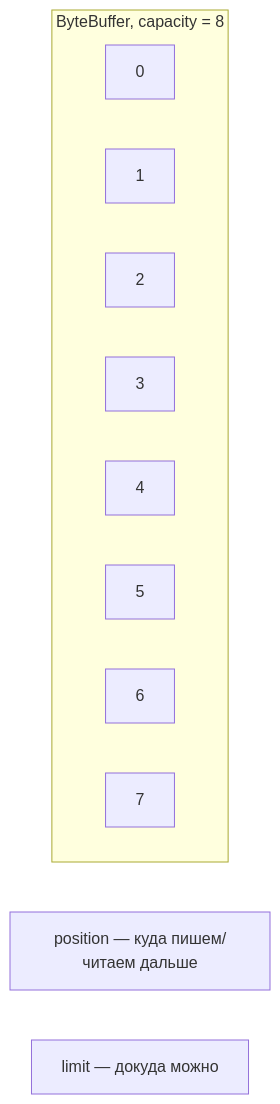
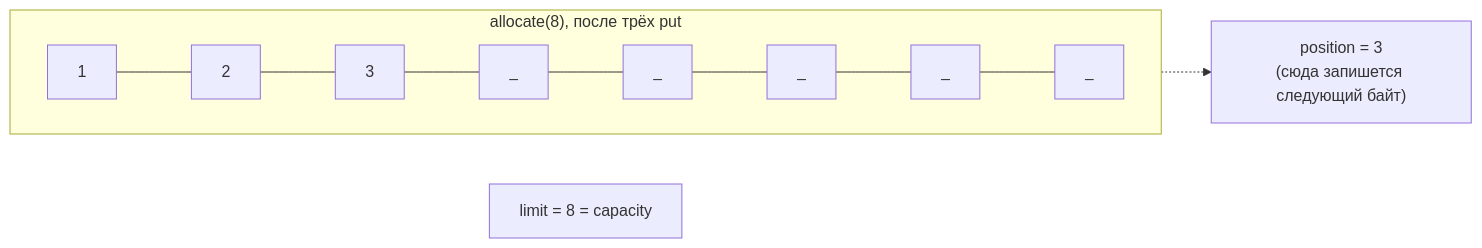
The diagram in advanced/docs/seminars/seminar7/ByteBuffer/1. Анатомия.md (ArthurAipov/market-pulse-innopolis), drawn with Mermaid before and after one commit. The commit also changed other lines of this file and 41 other files, not shown here.

````diff
--- a/advanced/docs/seminars/seminar7/ByteBuffer/1. Анатомия.md
+++ b/advanced/docs/seminars/seminar7/ByteBuffer/1. Анатомия.md
@@ -3,16 +14,10 @@
 ```mermaid
 flowchart LR
-    subgraph Buffer["ByteBuffer, capacity = 8"]
+    subgraph Buffer["allocate(8), после трёх put"]
         direction LR
-        B0["0"]
-        B1["1"]
-        B2["2"]
-        B3["3"]
-        B4["4"]
-        B5["5"]
-        B6["6"]
-        B7["7"]
+        B0["1"] --- B1["2"] --- B2["3"] --- B3["_"] --- B4["_"] --- B5["_"] --- B6["_"] --- B7["_"]
     end
-    P["position — куда пишем/читаем дальше"]
-    L["limit — докуда можно"]
+    P["position = 3<br/>(сюда запишется следующий байт)"]
+    L["limit = 8 = capacity"]
+    B3 -.-> P
 ```
````
